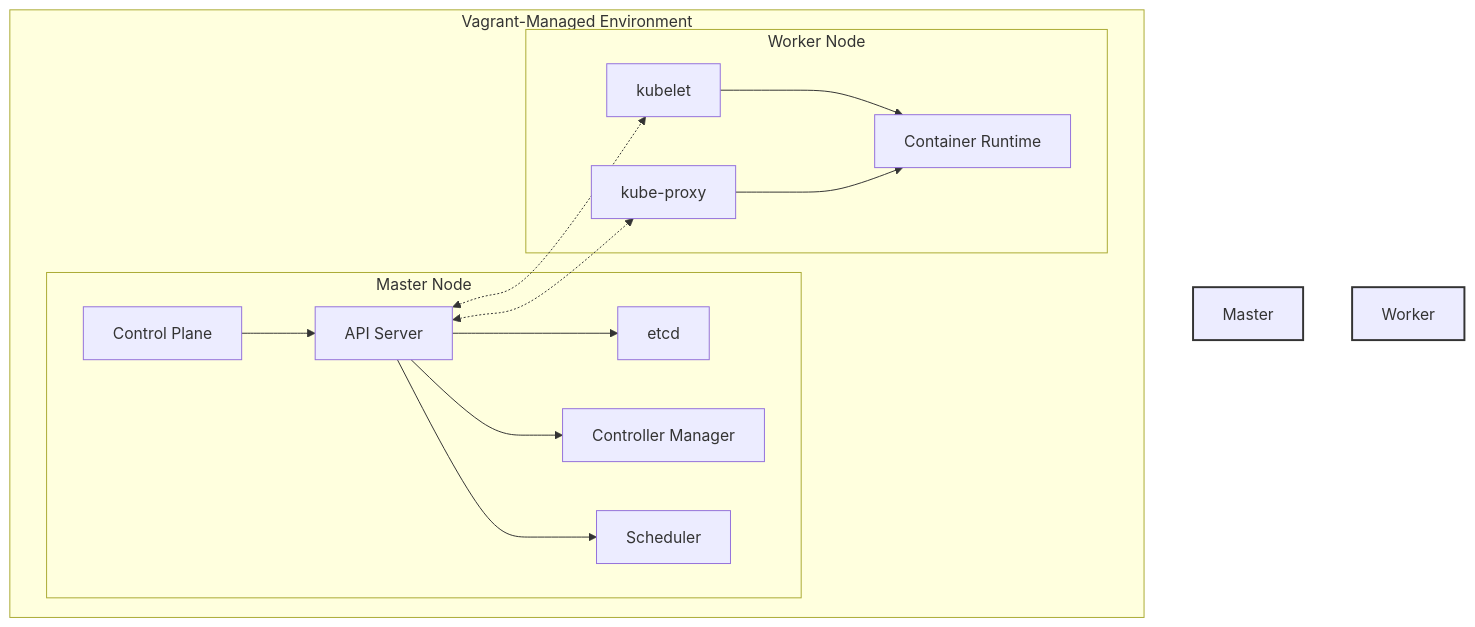
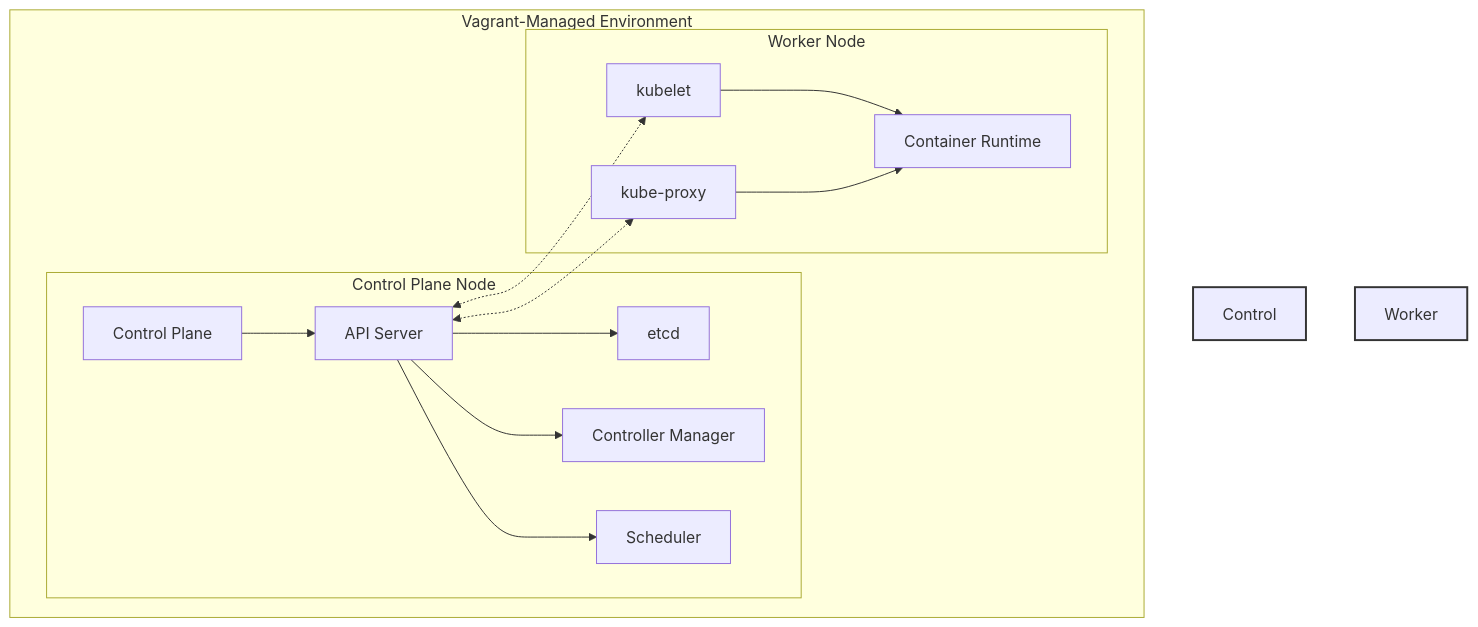
The diagram in README.md (TryToLearnProgramming/vagrant), drawn with Mermaid before and after one commit. The commit also changed other lines of this file, not shown here.

Commit message:
section on new helper scripts 'cluster_init.sh' and 'join_cmd.sh', and some text changes (master -> control plane / cplane)

````diff
--- a/README.md
+++ b/README.md
@@ -12,19 +12,19 @@
 ```mermaid
 graph TB
     subgraph Vagrant-Managed Environment
-        subgraph Master Node
+        subgraph Control Plane Node
             A[Control Plane] --> B[API Server]
             B --> C[etcd]
             B --> D[Controller Manager]
             B --> E[Scheduler]
         end
         subgraph Worker Node
             F[kubelet] --> G[Container Runtime]
             H[kube-proxy] --> G
         end
         B <-.-> F
         B <-.-> H
     end
-    style Master Node fill:#f9f,stroke:#333,stroke-width:2px
+    style Control Plane Node fill:#f9f,stroke:#333,stroke-width:2px
     style Worker Node fill:#bbf,stroke:#333,stroke-width:2px
 ```
````
